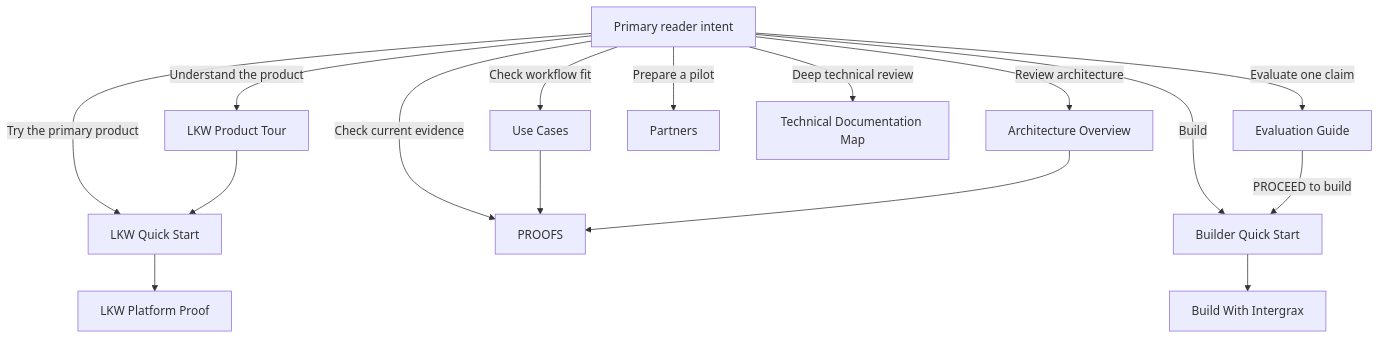
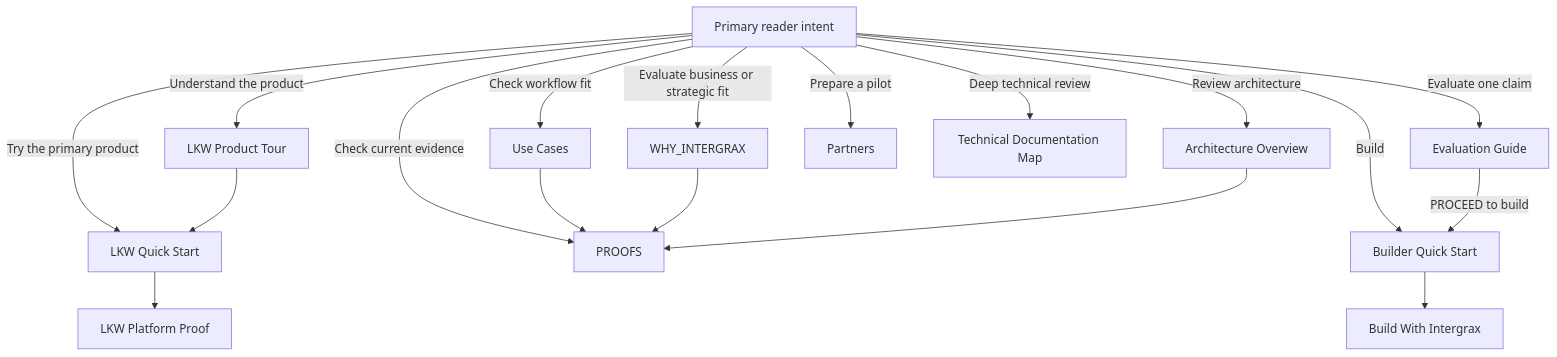
Before and after one commit to jakbuczarnecki/intergrax: the diagram in docs/project/community/PUBLIC_DOCUMENTATION_MAP.md, drawn with Mermaid. The commit also changed other lines of this file and 1 other file, not shown here.

Commit message:
docs: add explicit business evaluation route

````diff
--- a/docs/project/community/PUBLIC_DOCUMENTATION_MAP.md
+++ b/docs/project/community/PUBLIC_DOCUMENTATION_MAP.md
@@ -15,20 +15,22 @@
 ```mermaid
 flowchart TD
     S[Primary reader intent]
     S -->|Try the primary product| Q[LKW Quick Start]
     S -->|Understand the product| T[LKW Product Tour]
     S -->|Check workflow fit| U[Use Cases]
+    S -->|Evaluate business or strategic fit| W[WHY_INTERGRAX]
     S -->|Check current evidence| R[PROOFS]
     S -->|Evaluate one claim| E[Evaluation Guide]
     S -->|Build| B[Builder Quick Start]
     S -->|Review architecture| A[Architecture Overview]
     S -->|Prepare a pilot| P[Partners]
     S -->|Deep technical review| D[Technical Documentation Map]
 
     T --> Q
     Q --> L[LKW Platform Proof]
     U --> R
+    W --> R
     E -->|PROCEED to build| B
     B --> C[Build With Intergrax]
     A --> R
 ```
````
